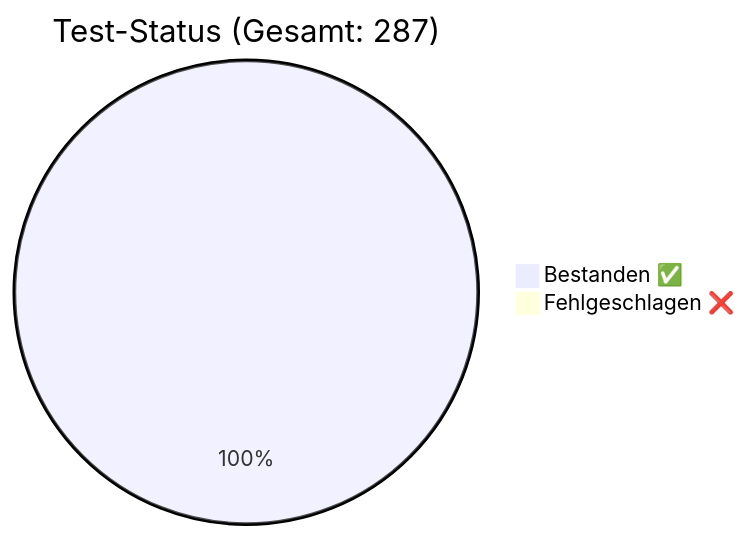
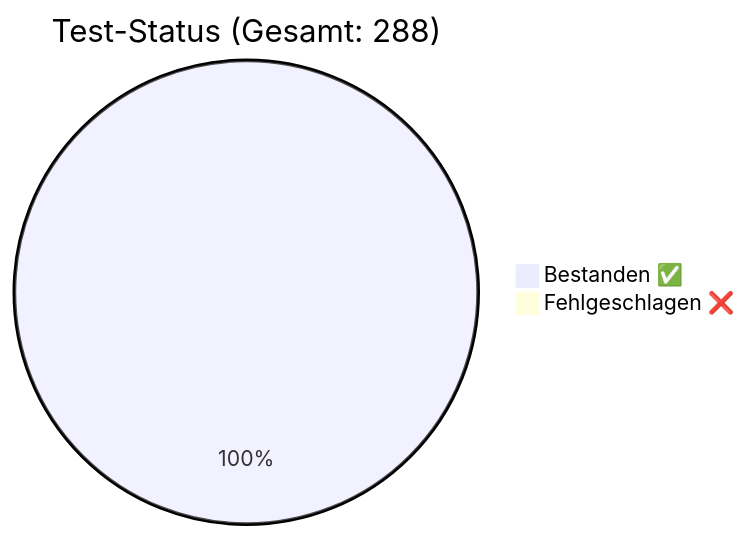
One commit to rorila/GCS changed the diagram in docs/QA_Report.md. Above: the diagram before and after it, drawn with Mermaid. The commit also changed other lines of this file and 8 other files, not shown here.

````diff
--- a/docs/QA_Report.md
+++ b/docs/QA_Report.md
@@ -8,5 +8,5 @@
 ```mermaid
-pie title Test-Status (Gesamt: 287)
-    "Bestanden ✅" : 287
+pie title Test-Status (Gesamt: 288)
+    "Bestanden ✅" : 288
     "Fehlgeschlagen ❌" : 0
 ```
````
